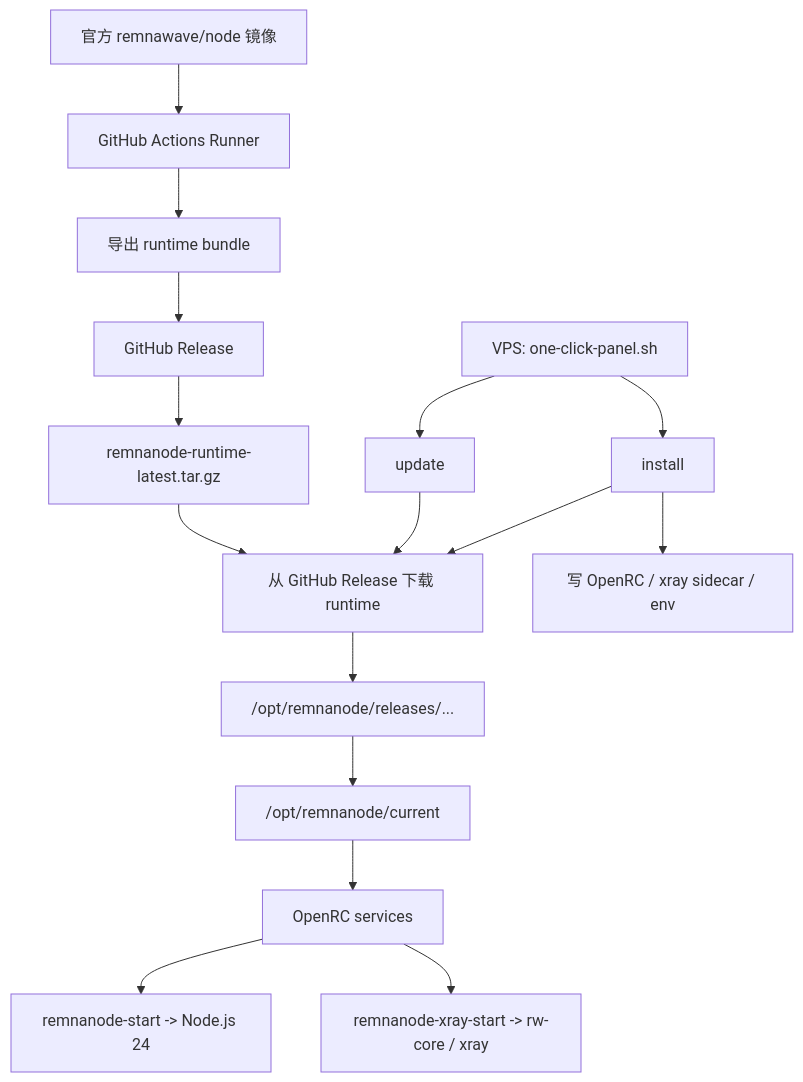
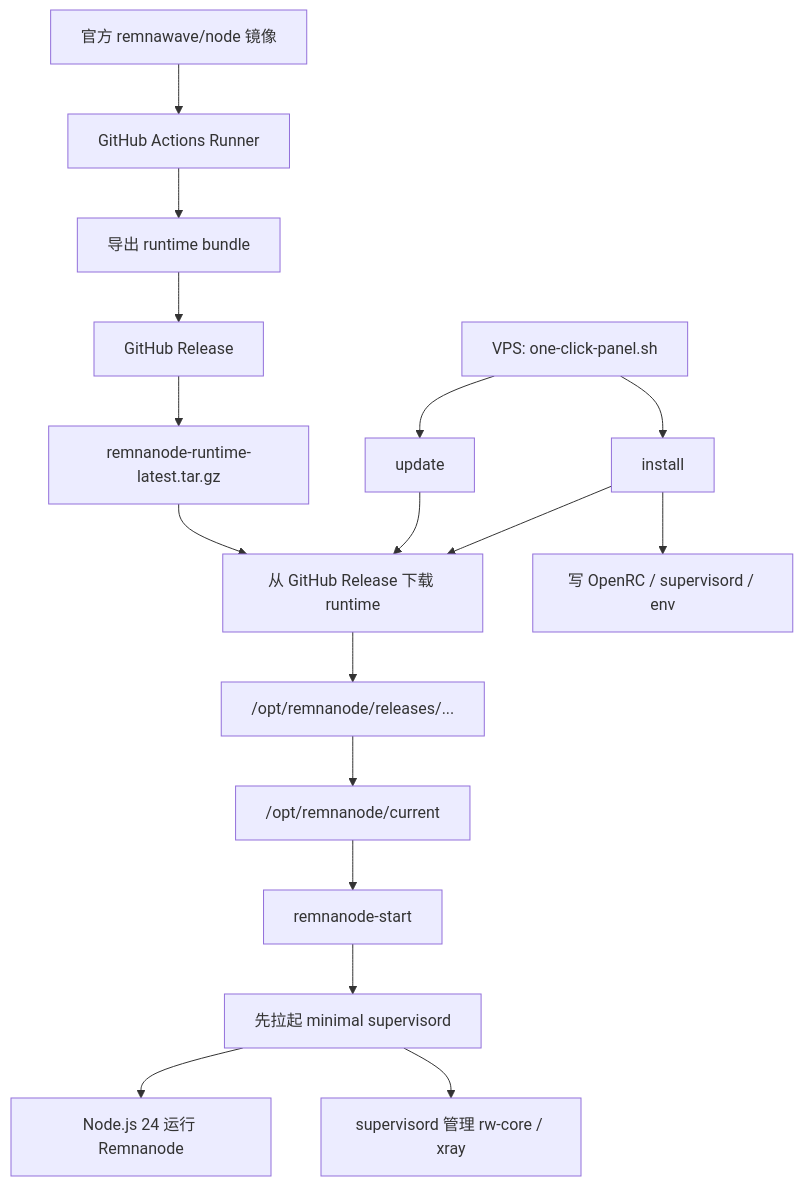
The diagram in README.md (x-socks/remnanode-lite), drawn with Mermaid before and after one commit. The commit also changed other lines of this file and 5 other files, not shown here.

Commit message:
Restore minimal supervisord compatibility mode

````diff
--- a/README.md
+++ b/README.md
@@ -7,22 +7,23 @@
 ```mermaid
 flowchart TB
     A["官方 remnawave/node 镜像"] --> B["GitHub Actions Runner"]
     B --> C["导出 runtime bundle"]
     C --> D["GitHub Release"]
     D --> E["remnanode-runtime-latest.tar.gz"]
 
     F["VPS: one-click-panel.sh"] --> G["install"]
     F --> H["update"]
 
     G --> I["从 GitHub Release 下载 runtime"]
-    G --> J["写 OpenRC / xray sidecar / env"]
+    G --> J["写 OpenRC / supervisord / env"]
 
     H --> I
 
     E --> I
     I --> K["/opt/remnanode/releases/..."]
     K --> L["/opt/remnanode/current"]
-    L --> M["OpenRC services"]
-    M --> N["remnanode-start -> Node.js 24"]
-    M --> O["remnanode-xray-start -> rw-core / xray"]
+    L --> M["remnanode-start"]
+    M --> N["先拉起 minimal supervisord"]
+    N --> O["Node.js 24 运行 Remnanode"]
+    N --> P["supervisord 管理 rw-core / xray"]
 ```
````
